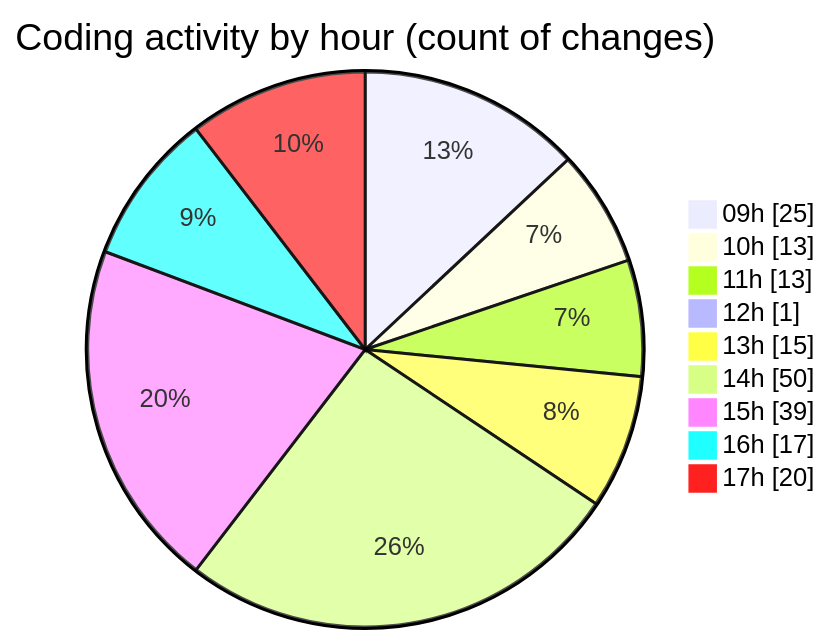
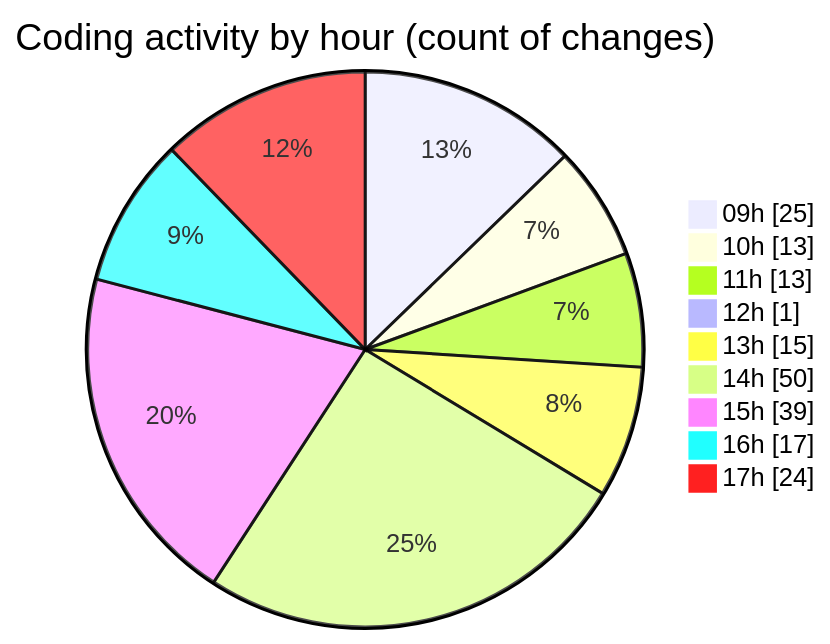
Before and after one commit to momahboobian/code-tracking: the second of 2 diagrams in 2025-05-07/cda/README.md, drawn with Mermaid. The commit also changed other lines of this file and 1 other file, not shown here.

````diff
--- a/2025-05-07/cda/README.md
+++ b/2025-05-07/cda/README.md
@@ -119,13 +119,13 @@
 ```mermaid
 pie showData
 title Coding activity by hour (count of changes)
 "09h" : 25
 "10h" : 13
 "11h" : 13
 "12h" : 1
 "13h" : 15
 "14h" : 50
 "15h" : 39
 "16h" : 17
-"17h" : 20
+"17h" : 24
 ```
````
